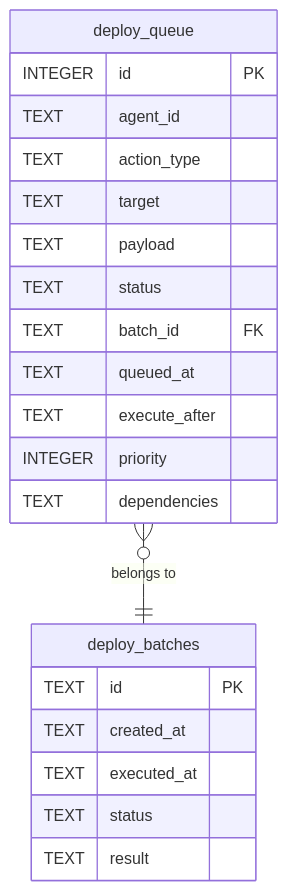
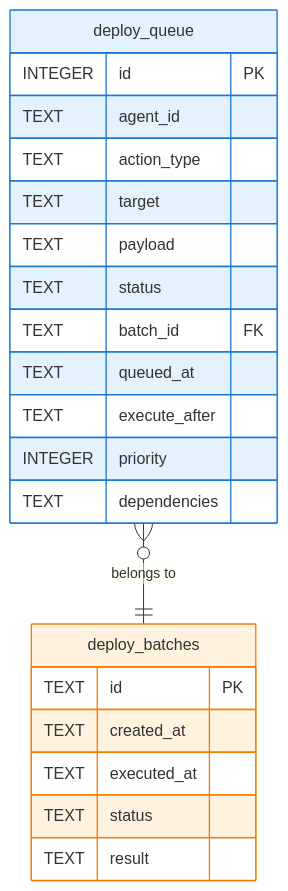
One commit to DammianMiller/universal-agent-protocol changed the second of 2 diagrams in docs/deployment/DEPLOY_BATCHER_ANALYSIS.md. Above: the diagram before and after it, drawn with Mermaid. The commit also changed other lines of this file and 112 other files, not shown here.

````diff
--- a/docs/deployment/DEPLOY_BATCHER_ANALYSIS.md
+++ b/docs/deployment/DEPLOY_BATCHER_ANALYSIS.md
@@ -813,26 +178,29 @@
 ```mermaid
 erDiagram
     deploy_queue {
         INTEGER id PK
         TEXT agent_id
         TEXT action_type
         TEXT target
         TEXT payload
         TEXT status
         TEXT batch_id FK
         TEXT queued_at
         TEXT execute_after
         INTEGER priority
         TEXT dependencies
     }
 
     deploy_batches {
         TEXT id PK
         TEXT created_at
         TEXT executed_at
         TEXT status
         TEXT result
     }
 
     deploy_queue }o--|| deploy_batches : "belongs to"
+
+    style deploy_queue fill:#e3f2fd,stroke:#1976d2
+    style deploy_batches fill:#fff3e0,stroke:#f57c00
 ```
````
